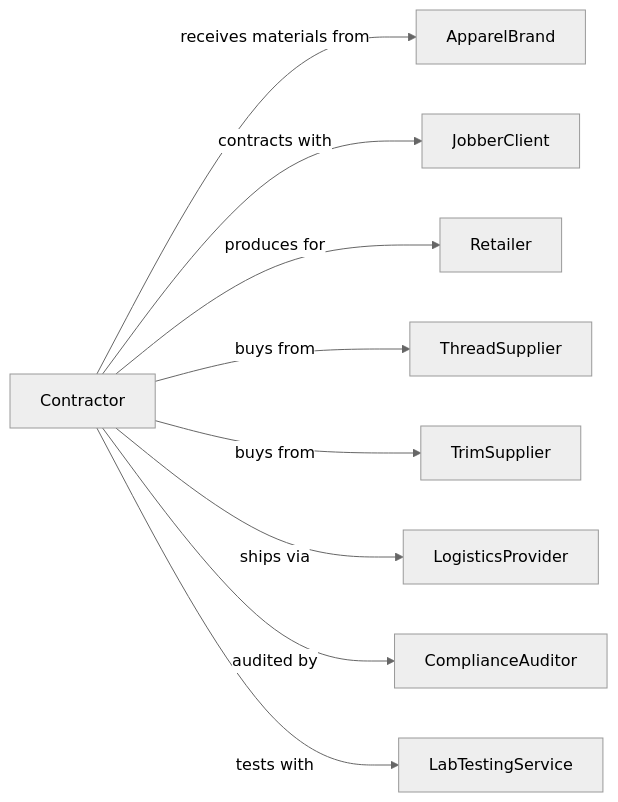
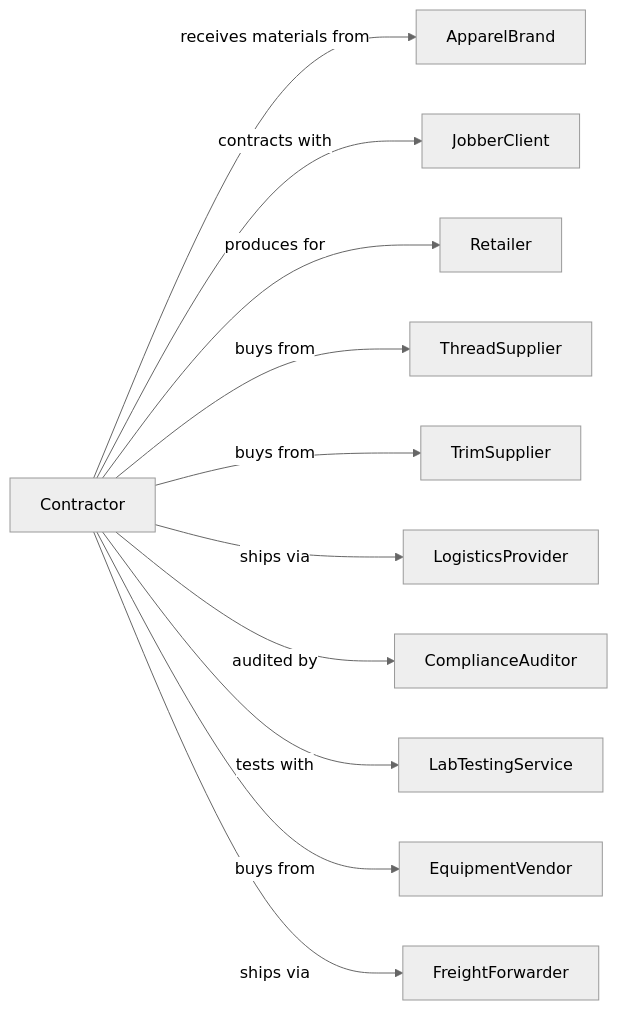
Before and after one commit to dot-org-ai/industries.org.ai: the second of 2 diagrams in Manufacturing/ApparelManufacturing/CutAndSewApparelManufacturing/CutAndSewApparelContractors.mdx, drawn with Mermaid (neutral theme). The commit also changed 588 other files, not shown here.

````diff
--- a/Manufacturing/ApparelManufacturing/CutAndSewApparelManufacturing/CutAndSewApparelContractors.mdx
+++ b/Manufacturing/ApparelManufacturing/CutAndSewApparelManufacturing/CutAndSewApparelContractors.mdx
@@ -134,13 +134,15 @@
 ```mermaid
 graph LR
     C[Contractor]
 
     C -->|receives materials from| ApparelBrand
     C -->|contracts with| JobberClient
     C -->|produces for| Retailer
     C -->|buys from| ThreadSupplier
     C -->|buys from| TrimSupplier
     C -->|ships via| LogisticsProvider
     C -->|audited by| ComplianceAuditor
     C -->|tests with| LabTestingService
+    C -->|buys from| EquipmentVendor
+    C -->|ships via| FreightForwarder
 ```
````
